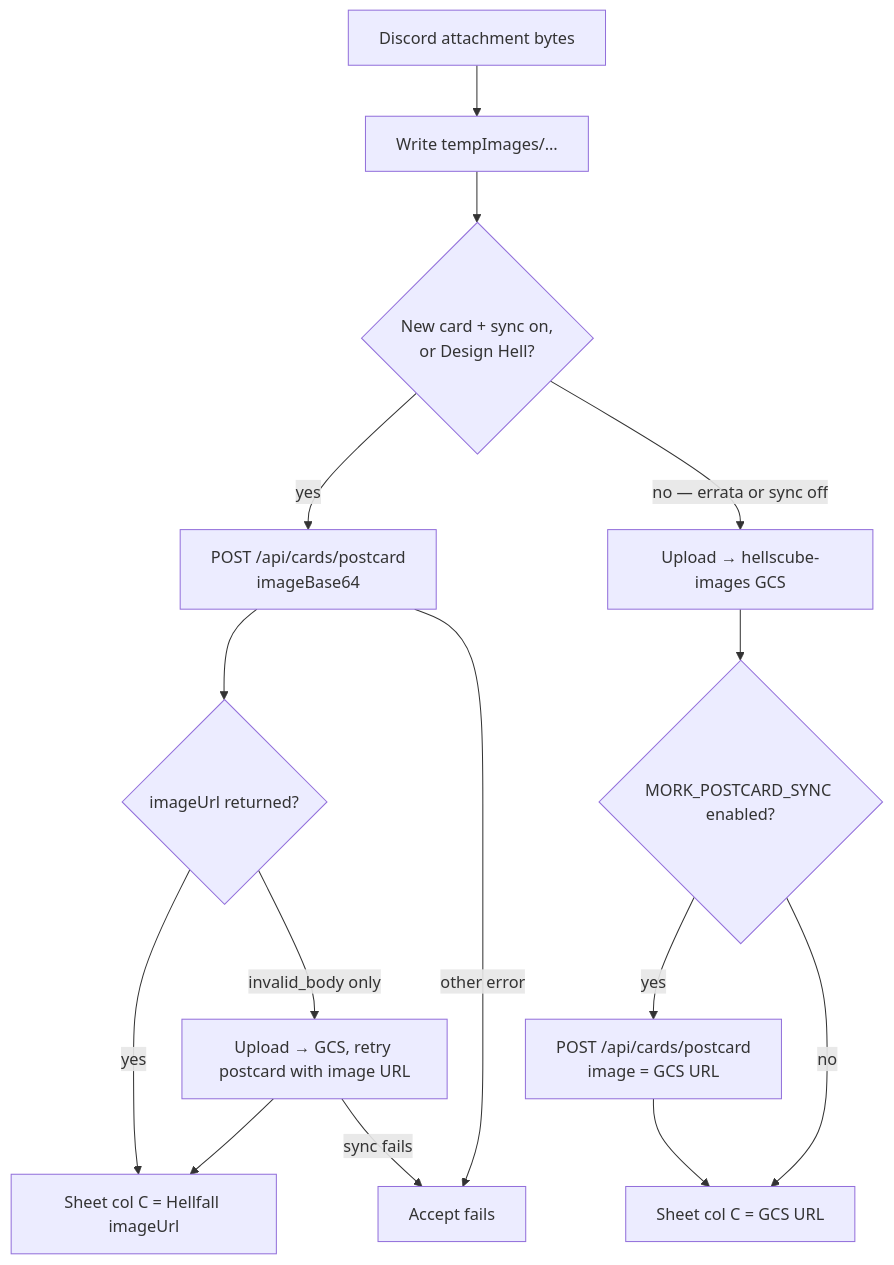
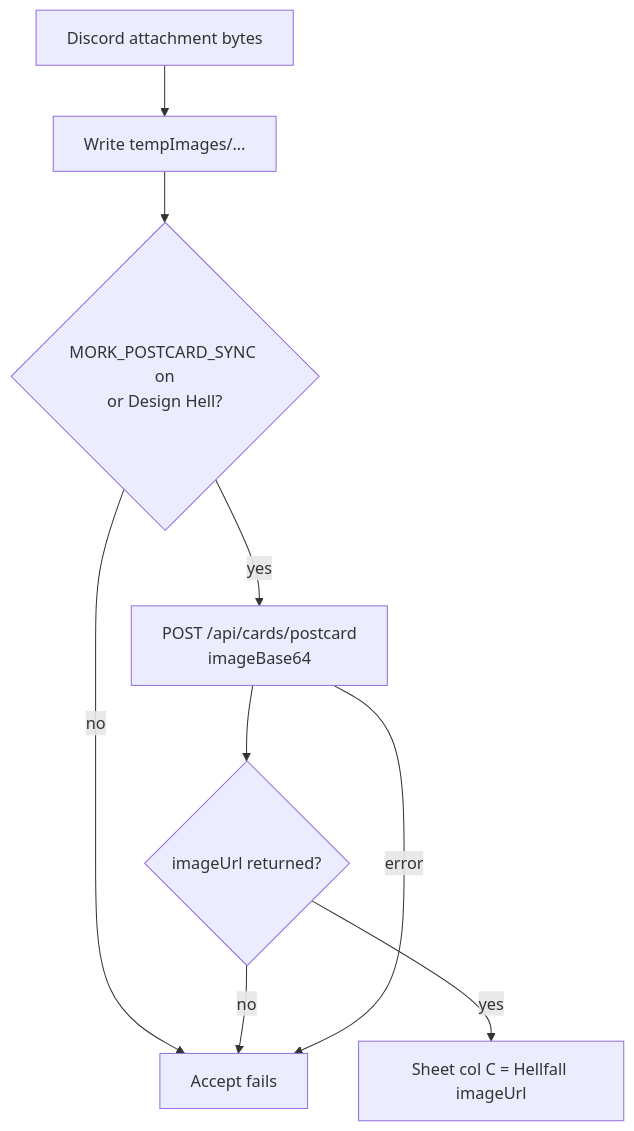
One commit to bones-bones/mork changed the second of 2 diagrams in docs/card-flows/acceptance.md. Above: the diagram before and after it, drawn with Mermaid. The commit also changed other lines of this file and 6 other files, not shown here.

````diff
--- a/docs/card-flows/acceptance.md
+++ b/docs/card-flows/acceptance.md
@@ -48,19 +48,11 @@
 ```mermaid
 flowchart TD
   IN["Discord attachment bytes"] --> TMP["Write tempImages/…"]
-  TMP --> MODE{"New card + sync on,<br/>or Design Hell?"}
-
-  MODE -->|yes| B64["POST /api/cards/postcard<br/>imageBase64"]
+  TMP --> SYNC{"MORK_POSTCARD_SYNC on<br/>or Design Hell?"}
+  SYNC -->|no| FAIL["Accept fails"]
+  SYNC -->|yes| B64["POST /api/cards/postcard<br/>imageBase64"]
   B64 --> OK{"imageUrl returned?"}
-  OK -->|yes| URL2["Sheet col C = Hellfall imageUrl"]
-  OK -->|invalid_body only| GCS2["Upload → GCS, retry postcard with image URL"]
-  GCS2 --> URL2
-  B64 -->|other error| FAIL["Accept fails"]
-  GCS2 -->|sync fails| FAIL
-
-  MODE -->|no — errata or sync off| GCS1["Upload → hellscube-images GCS"]
-  GCS1 --> OPT{"MORK_POSTCARD_SYNC enabled?"}
-  OPT -->|yes| PC1["POST /api/cards/postcard<br/>image = GCS URL"]
-  OPT -->|no| URL1["Sheet col C = GCS URL"]
-  PC1 --> URL1
+  OK -->|yes| URL["Sheet col C = Hellfall imageUrl"]
+  OK -->|no| FAIL
+  B64 -->|error| FAIL
 ```
````
